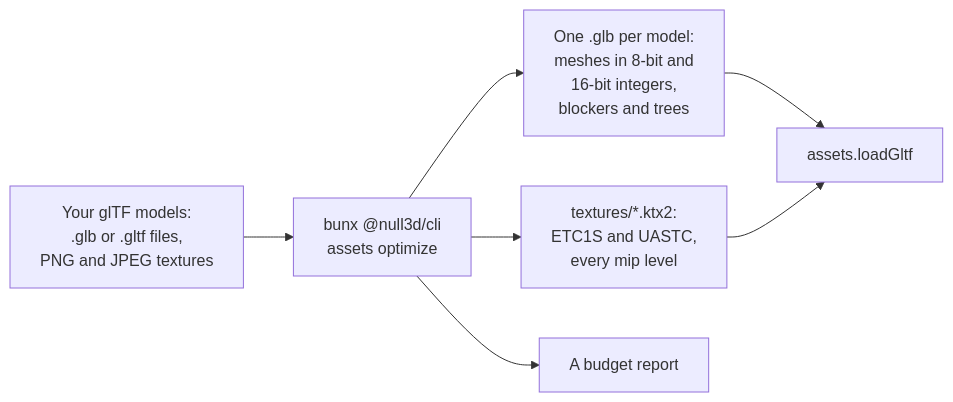
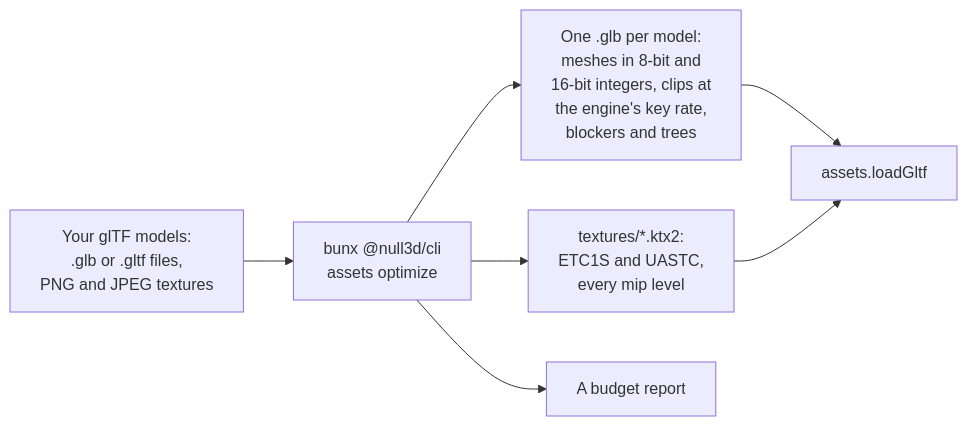
One commit to null3d-engine/null3d changed the diagram in docs/guides/assets-pipeline.md. Above: the diagram before and after it, drawn with Mermaid. The commit also changed other lines of this file and 24 other files, not shown here.

First line of the commit message:
feat(cli): store clips at the engine's key rate, so they load with a copy

````diff
--- a/docs/guides/assets-pipeline.md
+++ b/docs/guides/assets-pipeline.md
@@ -13,9 +13,9 @@
 ```mermaid
 flowchart LR
     source["Your glTF models:<br/>.glb or .gltf files,<br/>PNG and JPEG textures"] --> optimize["bunx @null3d/cli<br/>assets optimize"]
-    optimize --> glb["One .glb per model:<br/>meshes in 8-bit and<br/>16-bit integers,<br/>blockers and trees"]
+    optimize --> glb["One .glb per model:<br/>meshes in 8-bit and<br/>16-bit integers, clips at<br/>the engine's key rate,<br/>blockers and trees"]
     optimize --> ktx2["textures/*.ktx2:<br/>ETC1S and UASTC,<br/>every mip level"]
     optimize --> report["A budget report"]
     glb --> load["assets.loadGltf"]
     ktx2 --> load
 ```
````
